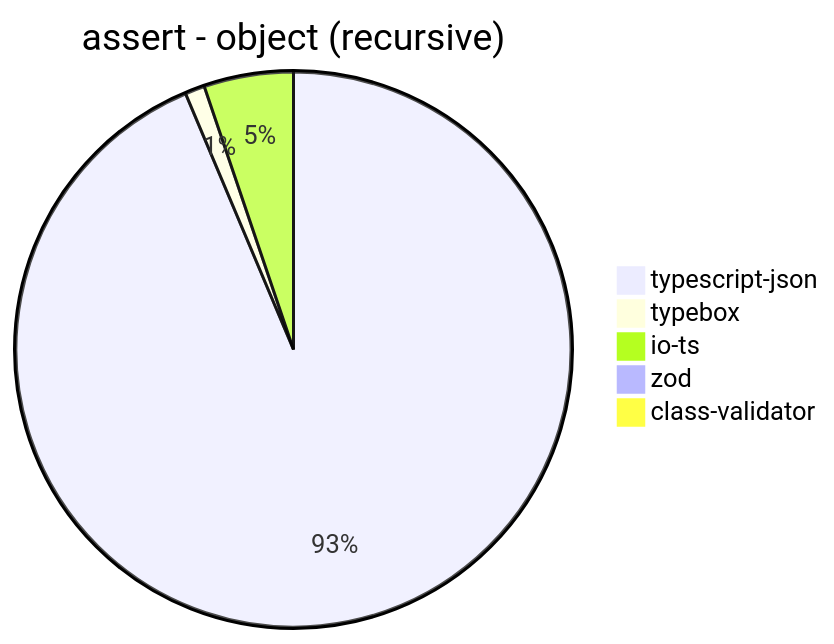
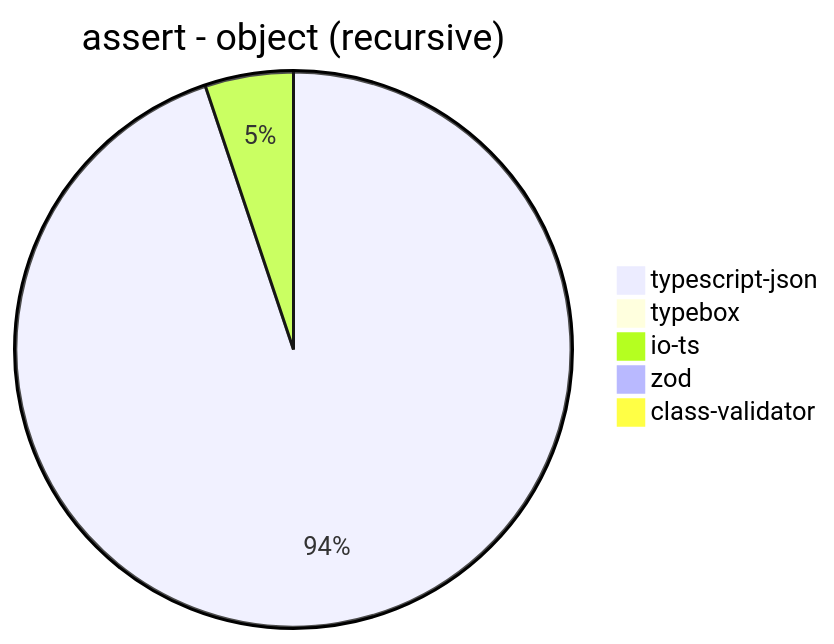
One commit to samchon/typia changed the tenth of 39 diagrams in benchmark/results/AMD Ryzen 9 5900HX with Radeon Graphics.md. Above: the diagram before and after it, drawn with Mermaid. The commit also changed other lines of this file and 3 other files, not shown here.

````diff
--- a/benchmark/results/AMD Ryzen 9 5900HX with Radeon Graphics.md
+++ b/benchmark/results/AMD Ryzen 9 5900HX with Radeon Graphics.md
@@ -136,8 +136,8 @@
 ```mermaid
 pie title assert - object (recursive)
-  "typescript-json": 35552.97397769517
-  "typebox": 435.6510269455436
-  "io-ts": 1975.399302368276
-  "zod": 77.37089201877934
-  "class-validator": 42.86489419424851
+  "typescript-json": 36280.93457943926
+  "typebox": 361.00893326326855
+  "io-ts": 1965.6197732763426
+  "zod": 78.8130788130788
+  "class-validator": 42.68402966178333
 ```
````
